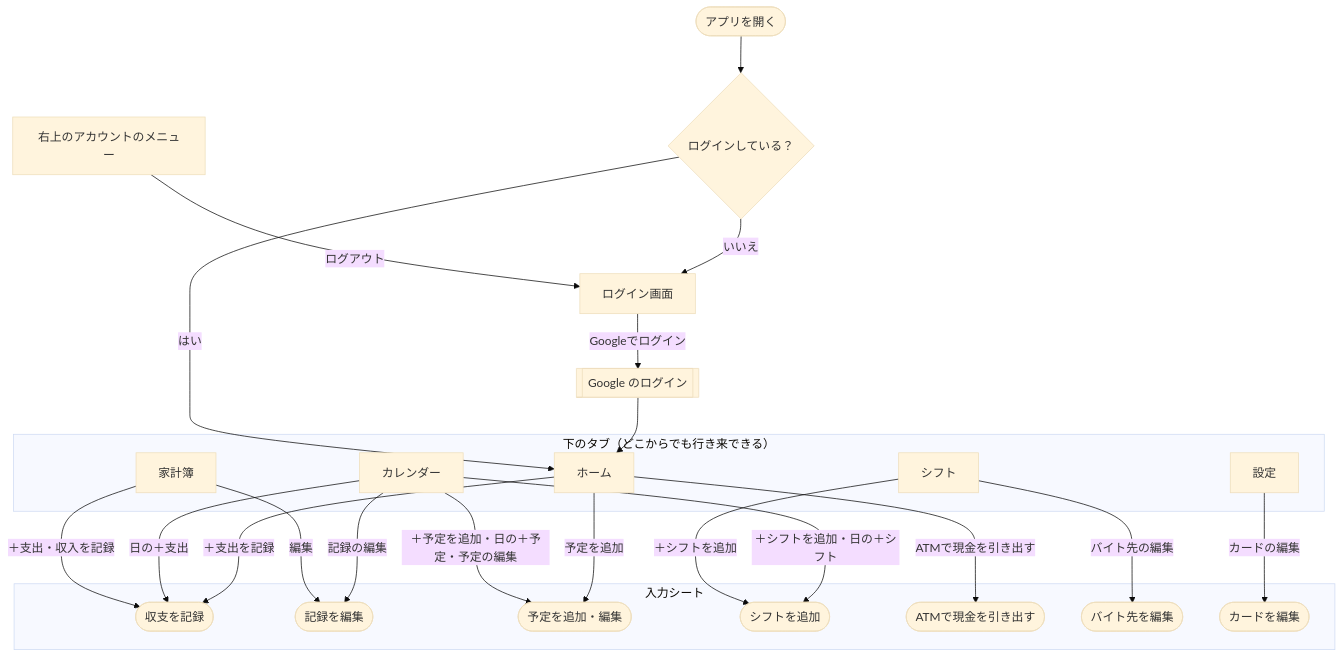
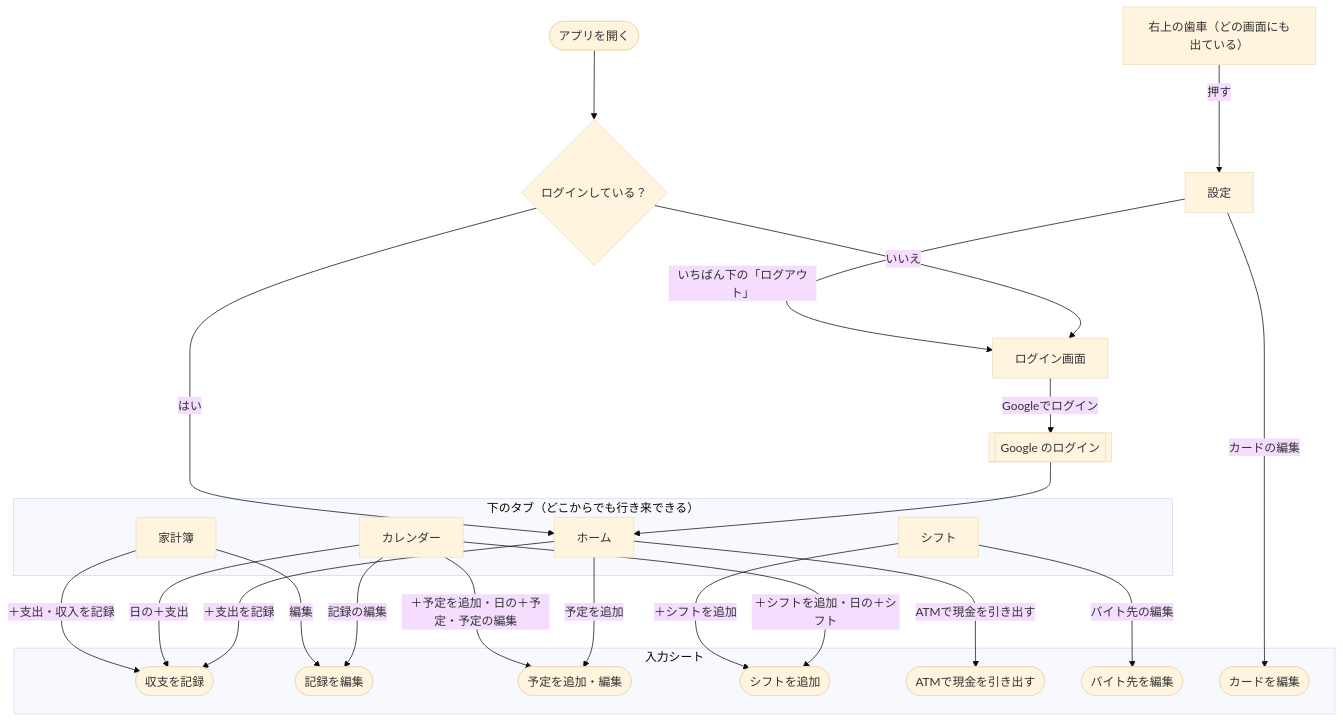
The first of 2 diagrams in docs/SCREENS.md (Keitaro0510/maney-app), drawn with Mermaid (base theme) before and after one commit. The commit also changed other lines of this file and 3 other files, not shown here.

````diff
--- a/docs/SCREENS.md
+++ b/docs/SCREENS.md
@@ -18,45 +18,46 @@
 ```mermaid
 flowchart TD
   start(["アプリを開く"]) --> auth{"ログインしている？"}
   auth -- "いいえ" --> login["ログイン画面"]
   login -- "Googleでログイン" --> google[["Google のログイン"]]
   google --> home
   auth -- "はい" --> home
 
   subgraph tabs["下のタブ（どこからでも行き来できる）"]
     home["ホーム"]
     cal["カレンダー"]
     ldg["家計簿"]
     shift["シフト"]
-    set["設定"]
   end
+
+  gear["右上の歯車（どの画面にも出ている）"] -- "押す" --> set["設定"]
 
   subgraph sheets["入力シート"]
     sLdg(["収支を記録"])
     sLde(["記録を編集"])
     sPlan(["予定を追加・編集"])
     sShift(["シフトを追加"])
     sAtm(["ATMで現金を引き出す"])
     sJob(["バイト先を編集"])
     sCard(["カードを編集"])
   end
 
   home -- "＋支出を記録" --> sLdg
   home -- "予定を追加" --> sPlan
   home -- "ATMで現金を引き出す" --> sAtm
 
   cal -- "＋シフトを追加・日の＋シフト" --> sShift
   cal -- "＋予定を追加・日の＋予定・予定の編集" --> sPlan
   cal -- "日の＋支出" --> sLdg
   cal -- "記録の編集" --> sLde
 
   ldg -- "＋支出・収入を記録" --> sLdg
   ldg -- "編集" --> sLde
 
   shift -- "＋シフトを追加" --> sShift
   shift -- "バイト先の編集" --> sJob
 
   set -- "カードの編集" --> sCard
 
-  menu["右上のアカウントのメニュー"] -- "ログアウト" --> login
+  set -- "いちばん下の「ログアウト」" --> login
 ```
````
